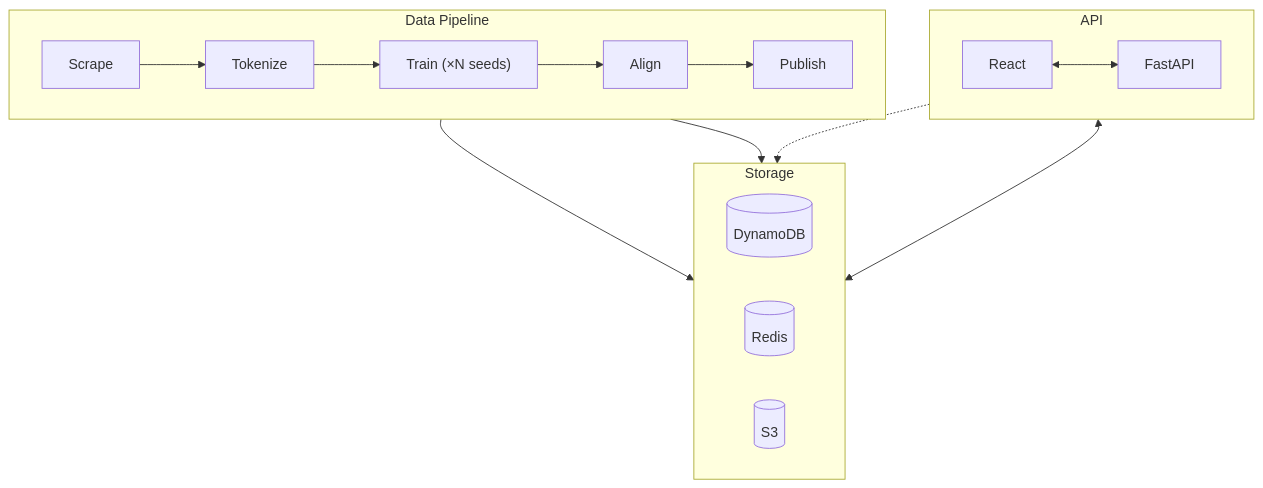
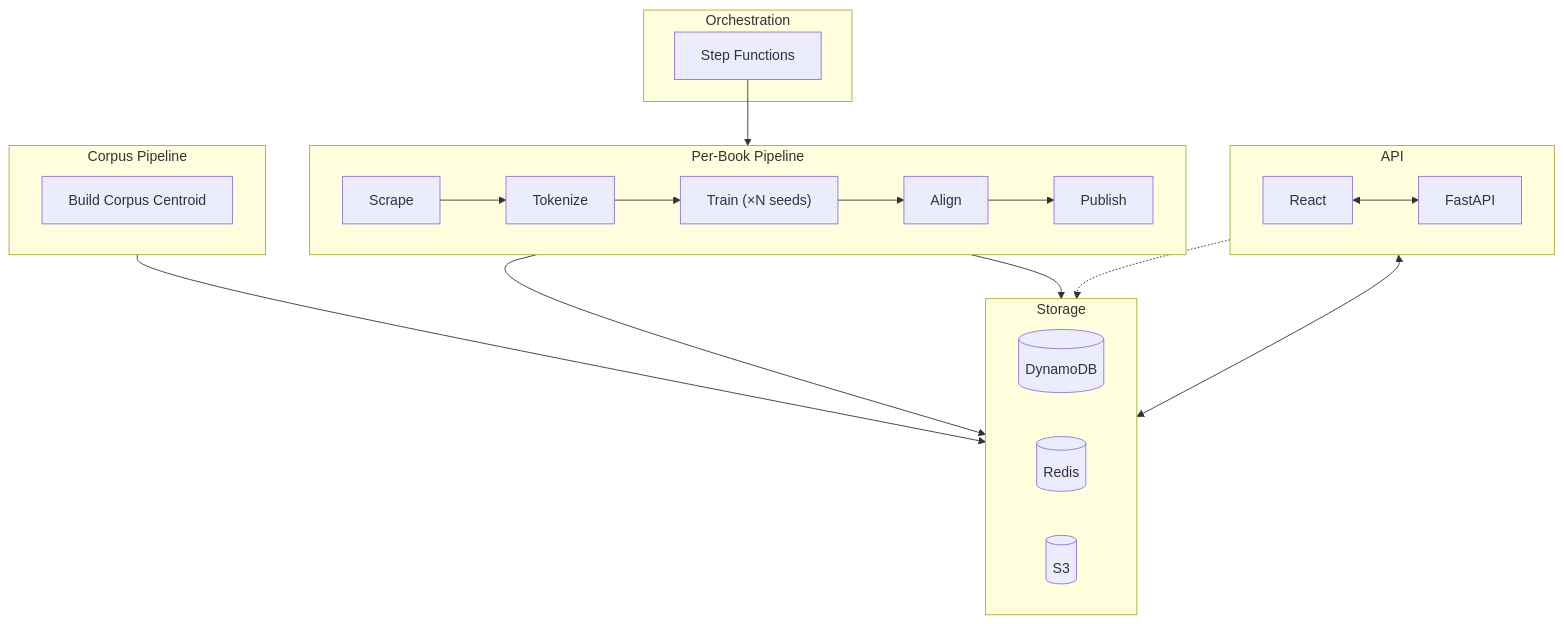
Before and after one commit to areebms/embedding-analytics: the diagram in README.md, drawn with Mermaid. The commit also changed other lines of this file and 15 other files, not shown here.

Commit message:
Create step functions

````diff
--- a/README.md
+++ b/README.md
@@ -23,24 +23,35 @@
 ```mermaid
 graph TD
+    subgraph Orchestration
+        SF[Step Functions]
+    end
+
     subgraph API
         direction LR
         UI[React] <--> FAPI[FastAPI]
     end
 
     subgraph Storage
         direction LR
         DDB[(DynamoDB)]
         RED[(Redis)]
         S3[(S3)]
     end
 
-    subgraph DP [Data Pipeline]
+    subgraph DP [Per-Book Pipeline]
         direction LR
         SCR[Scrape] --> TOK[Tokenize] --> TRN["Train (×N seeds)"] --> ALN[Align] --> PUB[Publish]
     end
 
+    subgraph CP [Corpus Pipeline]
+        direction LR
+        BCC[Build Corpus Centroid]
+    end
+
+    SF --> DP
     FAPI -.-> RED
     FAPI <--> DDB
     PUB --> DDB
     DP --> S3
+    CP --> S3
 ```
````
